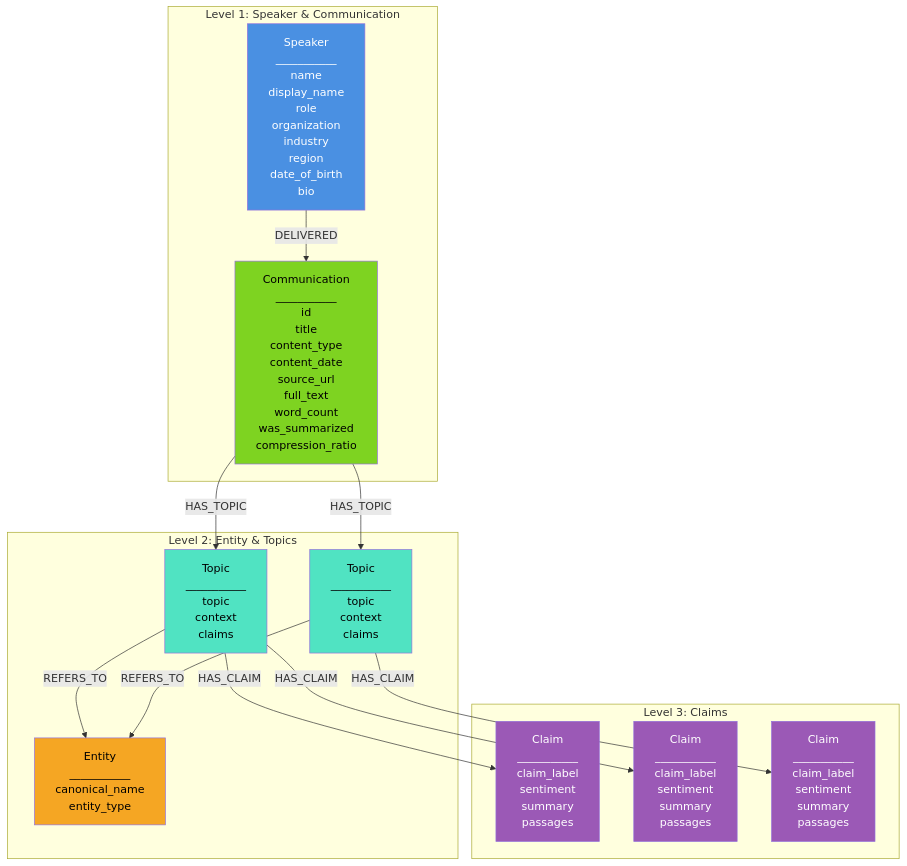
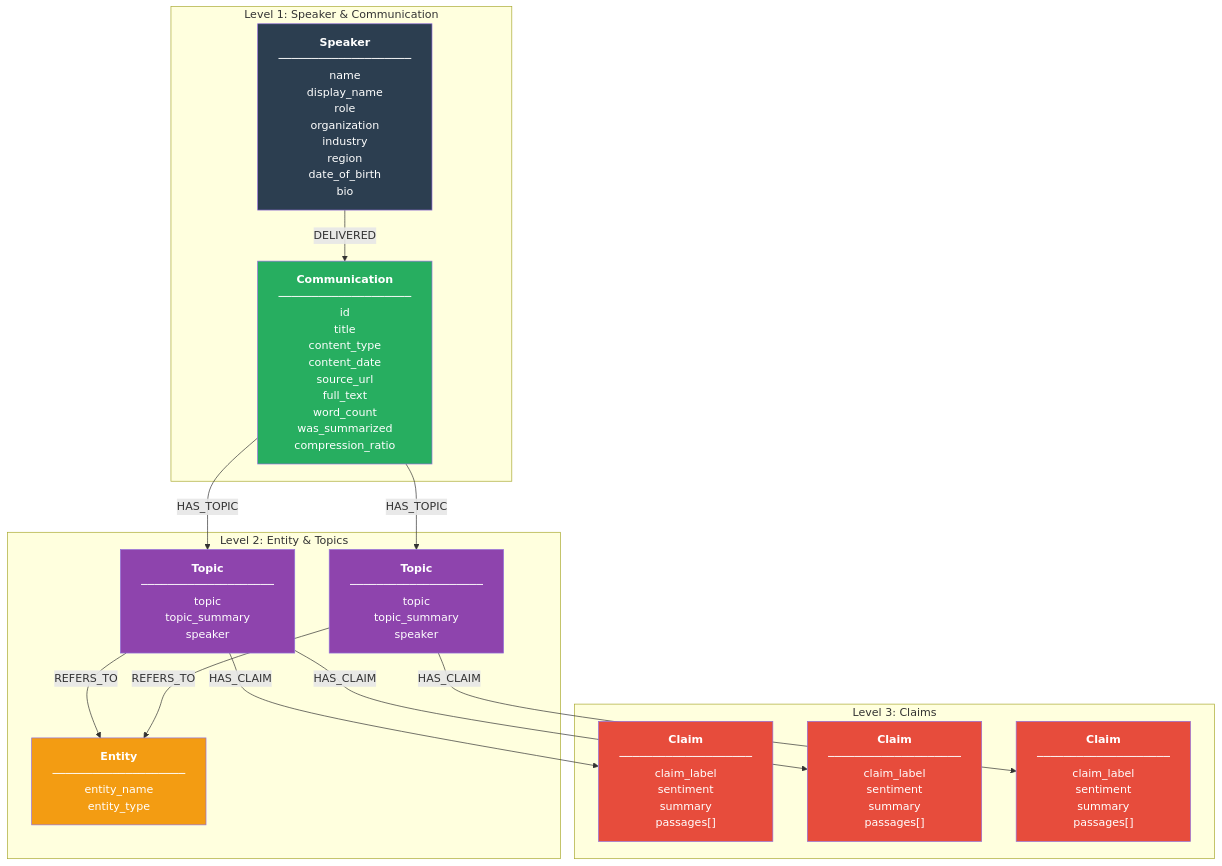
One commit to dmitriyratu/DiscourseKG changed the diagram in documentation/kg/topology.md. Above: the diagram before and after it, drawn with Mermaid. The commit also changed other lines of this file and 9 other files, not shown here.

First line of the commit message:
refactor: update architecture and topology documentation, enhance graph data handling

````diff
--- a/documentation/kg/topology.md
+++ b/documentation/kg/topology.md
@@ -17,37 +17,37 @@
 ```mermaid
 graph TB
     subgraph "Level 1: Speaker & Communication"
-        S[Speaker<br/>___________<br/>name<br/>display_name<br/>role<br/>organization<br/>industry<br/>region<br/>date_of_birth<br/>bio]
-        C[Communication<br/>___________<br/>id<br/>title<br/>content_type<br/>content_date<br/>source_url<br/>full_text<br/>word_count<br/>was_summarized<br/>compression_ratio]
+        S["<b>Speaker</b><br/>────────────────────<br/>name<br/>display_name<br/>role<br/>organization<br/>industry<br/>region<br/>date_of_birth<br/>bio"]
+        C["<b>Communication</b><br/>────────────────────<br/>id<br/>title<br/>content_type<br/>content_date<br/>source_url<br/>full_text<br/>word_count<br/>was_summarized<br/>compression_ratio"]
     end
     
     subgraph "Level 2: Entity & Topics"
-        E[Entity<br/>___________<br/>canonical_name<br/>entity_type]
-        T1[Topic<br/>___________<br/>topic<br/>context<br/>claims]
-        T2[Topic<br/>___________<br/>topic<br/>context<br/>claims]
+        E["<b>Entity</b><br/>────────────────────<br/>entity_name<br/>entity_type"]
+        T1["<b>Topic</b><br/>────────────────────<br/>topic<br/>topic_summary<br/>speaker"]
+        T2["<b>Topic</b><br/>────────────────────<br/>topic<br/>topic_summary<br/>speaker"]
     end
     
     subgraph "Level 3: Claims"
-        CL1[Claim<br/>___________<br/>claim_label<br/>sentiment<br/>summary<br/>passages]
-        CL2[Claim<br/>___________<br/>claim_label<br/>sentiment<br/>summary<br/>passages]
-        CL3[Claim<br/>___________<br/>claim_label<br/>sentiment<br/>summary<br/>passages]
+        CL1["<b>Claim</b><br/>────────────────────<br/>claim_label<br/>sentiment<br/>summary<br/>passages[]"]
+        CL2["<b>Claim</b><br/>────────────────────<br/>claim_label<br/>sentiment<br/>summary<br/>passages[]"]
+        CL3["<b>Claim</b><br/>────────────────────<br/>claim_label<br/>sentiment<br/>summary<br/>passages[]"]
     end
     
     S -->|DELIVERED| C
     C -->|HAS_TOPIC| T1
     C -->|HAS_TOPIC| T2
     T1 -->|REFERS_TO| E
     T2 -->|REFERS_TO| E
     T1 -->|HAS_CLAIM| CL1
     T1 -->|HAS_CLAIM| CL2
     T2 -->|HAS_CLAIM| CL3
     
-    style S fill:#4A90E2,color:#fff
-    style C fill:#7ED321,color:#000
-    style E fill:#F5A623,color:#000
-    style T1 fill:#50E3C2,color:#000
-    style T2 fill:#50E3C2,color:#000
-    style CL1 fill:#9B59B6,color:#fff
-    style CL2 fill:#9B59B6,color:#fff
-    style CL3 fill:#9B59B6,color:#fff
+    style S fill:#2C3E50,color:#fff
+    style C fill:#27AE60,color:#fff
+    style E fill:#F39C12,color:#fff
+    style T1 fill:#8E44AD,color:#fff
+    style T2 fill:#8E44AD,color:#fff
+    style CL1 fill:#E74C3C,color:#fff
+    style CL2 fill:#E74C3C,color:#fff
+    style CL3 fill:#E74C3C,color:#fff
 ```
````
